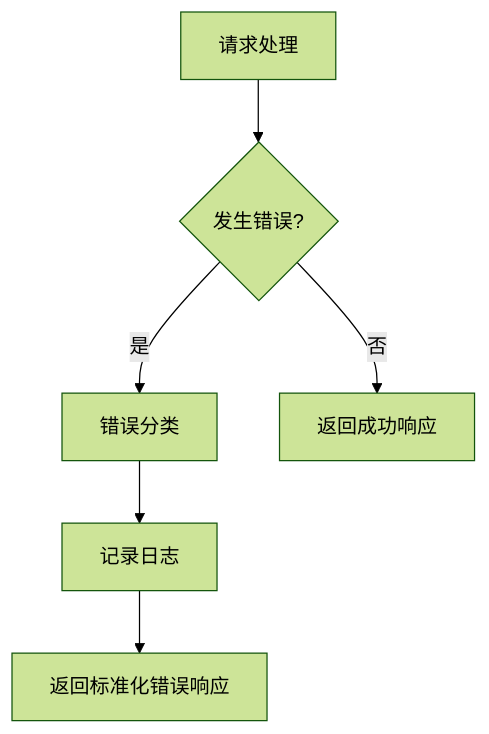
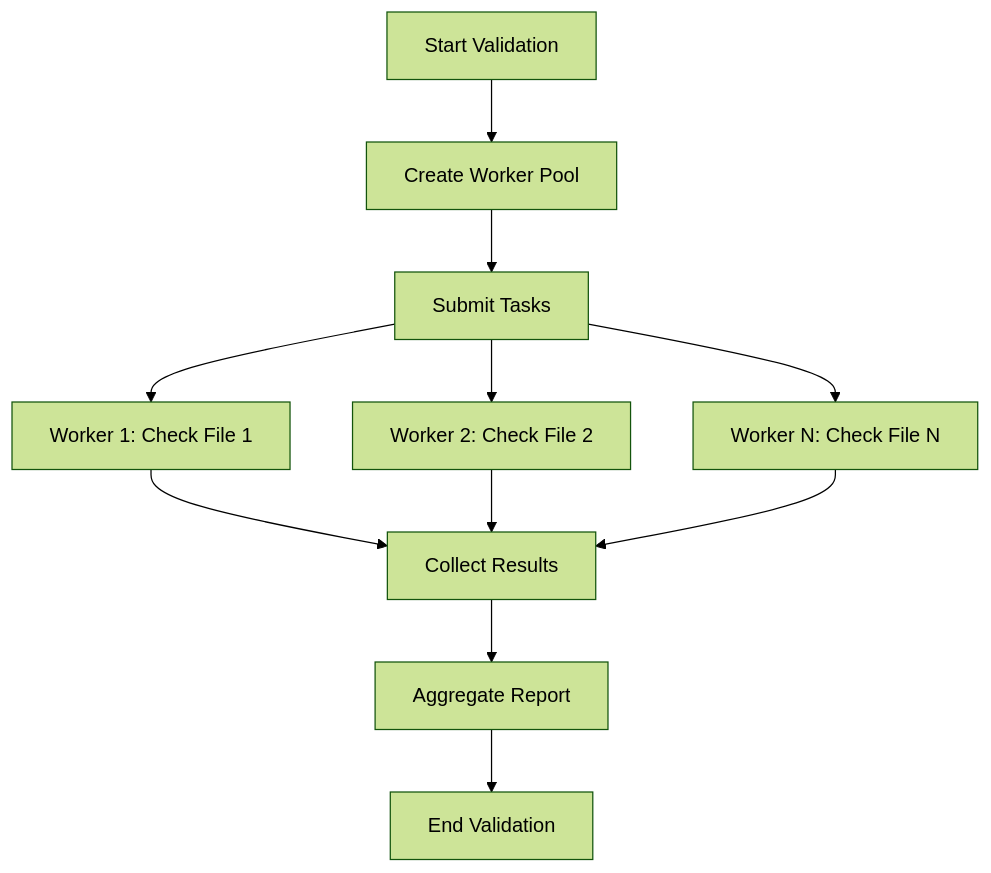
One commit to zgsm-ai/codebase-embedder changed the fourth of 4 diagrams in docs/technical.md. Above: the diagram before and after it, drawn with Mermaid (forest theme). The commit also changed other lines of this file and 14 other files, not shown here.

````diff
--- a/docs/technical.md
+++ b/docs/technical.md
@@ -285,8 +99,13 @@
 ```mermaid
 graph TD
-    A[请求处理] --> B{发生错误?}
-    B -->|是| C[错误分类]
-    C --> D[记录日志]
-    D --> E[返回标准化错误响应]
-    B -->|否| F[返回成功响应]
+    A[Start Validation] --> B[Create Worker Pool]
+    B --> C[Submit Tasks]
+    C --> D[Worker 1: Check File 1]
+    C --> E[Worker 2: Check File 2]
+    C --> F[Worker N: Check File N]
+    D --> G[Collect Results]
+    E --> G
+    F --> G
+    G --> H[Aggregate Report]
+    H --> I[End Validation]
 ```
````
